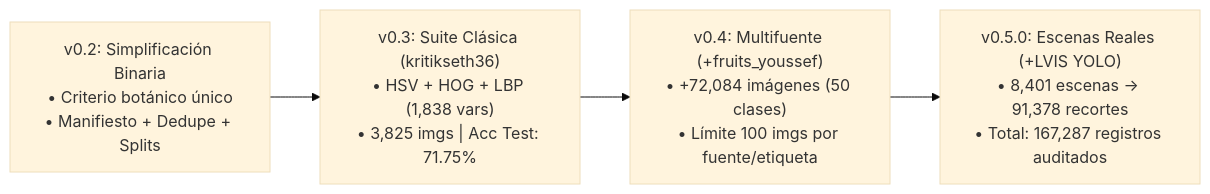
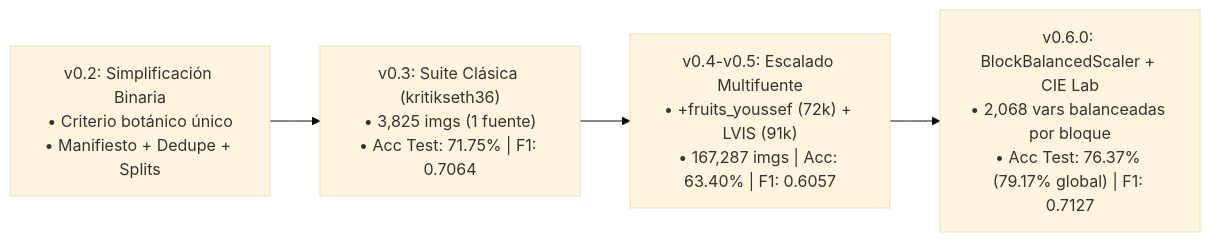
Before and after one commit to juliovalenciag/clasifcador-fruta-o-verdura: the diagram in reporte-estado-proyecto.md, drawn with Mermaid (base theme). The commit also changed other lines of this file and 7 other files, not shown here.

Commit message:
v0.6.0: escalado balanceado por bloques, CIE Lab espacial y documentacion actualizada

````diff
--- a/reporte-estado-proyecto.md
+++ b/reporte-estado-proyecto.md
@@ -29,6 +30,6 @@
 ```mermaid
 flowchart LR
-    V02["v0.2: Simplificación Binaria\n• Criterio botánico único\n• Manifiesto + Dedupe + Splits"] --> V03["v0.3: Suite Clásica (kritikseth36)\n• HSV + HOG + LBP (1,838 vars)\n• 3,825 imgs | Acc Test: 71.75%"]
-    V03 --> V04["v0.4: Multifuente (+fruits_youssef)\n• +72,084 imágenes (50 clases)\n• Límite 100 imgs por fuente/etiqueta"]
-    V04 --> V05["v0.5.0: Escenas Reales (+LVIS YOLO)\n• 8,401 escenas -> 91,378 recortes\n• Total: 167,287 registros auditados"]
+    V02["v0.2: Simplificación Binaria\n• Criterio botánico único\n• Manifiesto + Dedupe + Splits"] --> V03["v0.3: Suite Clásica (kritikseth36)\n• 3,825 imgs (1 fuente)\n• Acc Test: 71.75% | F1: 0.7064"]
+    V03 --> V05["v0.4-v0.5: Escalado Multifuente\n• +fruits_youssef (72k) + LVIS (91k)\n• 167,287 imgs | Acc: 63.40% | F1: 0.6057"]
+    V05 --> V06["v0.6.0: BlockBalancedScaler + CIE Lab\n• 2,068 vars balanceadas por bloque\n• Acc Test: 76.37% (79.17% global) | F1: 0.7127"]
 ```
````
